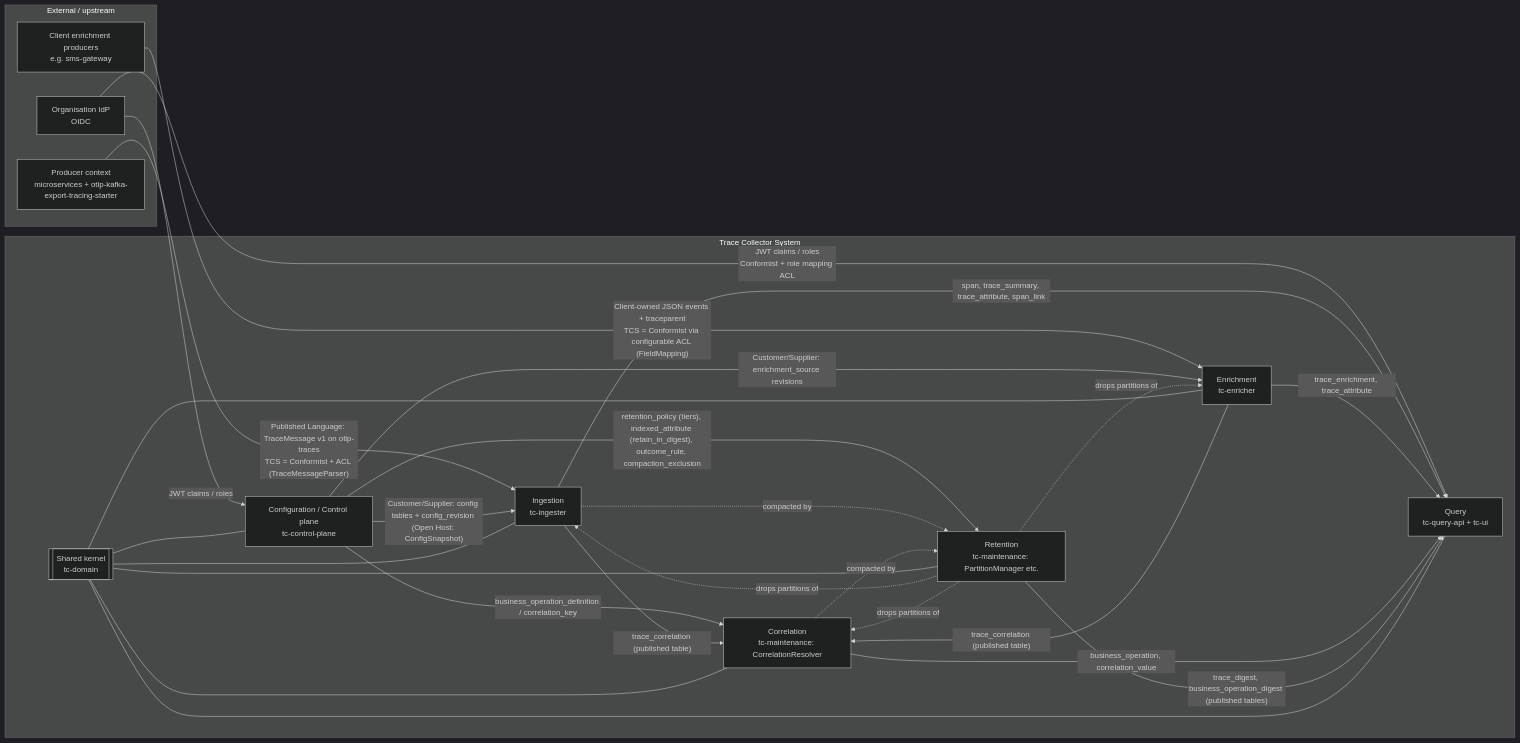
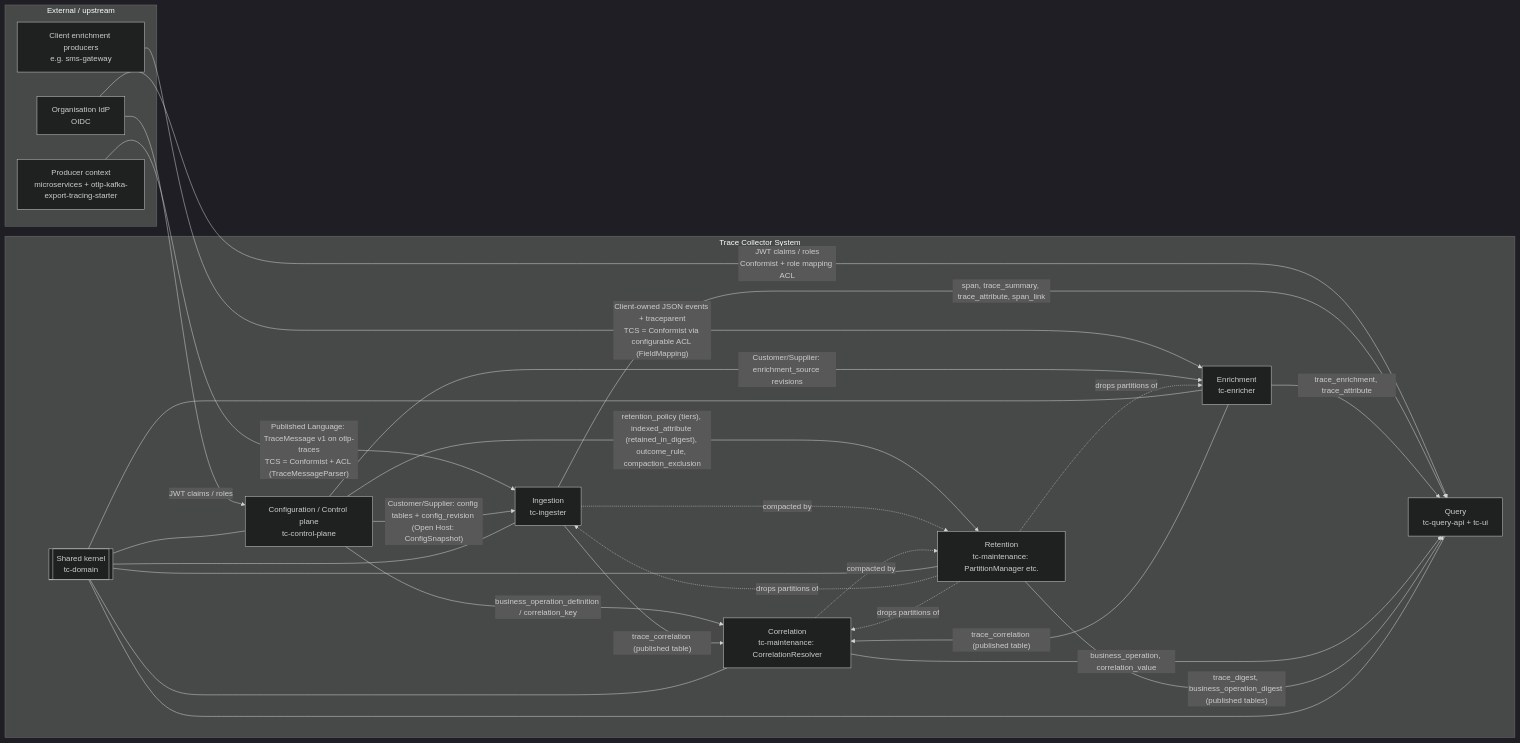
One commit to aasmc/tracing-system changed the first of 9 diagrams in agent/05-domain-model.md. Above: the diagram before and after it, drawn with Mermaid (dark theme). The commit also changed other lines of this file and 50 other files, not shown here.

First line of the commit message:
Phase 2 slices 2d-1 and 2d-2a: schema, grants, UUID config ids, dictionaries

````diff
--- a/agent/05-domain-model.md
+++ b/agent/05-domain-model.md
@@ -129,47 +129,47 @@
 ```mermaid
 flowchart LR
     subgraph EXT["External / upstream"]
         PROD["Producer context<br/>microservices + otlp-kafka-export-tracing-starter"]
         CLI["Client enrichment producers<br/>e.g. sms-gateway"]
         IDP["Organisation IdP<br/>OIDC"]
     end
 
     subgraph TCS["Trace Collector System"]
         ING["Ingestion<br/>tc-ingester"]
         ENR["Enrichment<br/>tc-enricher"]
         COR["Correlation<br/>tc-maintenance: CorrelationResolver"]
         QRY["Query<br/>tc-query-api + tc-ui"]
         CFG["Configuration / Control plane<br/>tc-control-plane"]
         RET["Retention<br/>tc-maintenance: PartitionManager etc."]
         SK[["Shared kernel<br/>tc-domain"]]
     end
 
     PROD -- "Published Language: TraceMessage v1 on otlp-traces<br/>TCS = Conformist + ACL (TraceMessageParser)" --> ING
     CLI -- "Client-owned JSON events + traceparent<br/>TCS = Conformist via configurable ACL (FieldMapping)" --> ENR
     IDP -- "JWT claims / roles<br/>Conformist + role mapping ACL" --> QRY
     IDP -- "JWT claims / roles" --> CFG
 
     CFG -- "Customer/Supplier: config tables + config_revision (Open Host: ConfigSnapshot)" --> ING
     CFG -- "Customer/Supplier: enrichment_source revisions" --> ENR
     CFG -- "business_operation_definition / correlation_key" --> COR
-    CFG -- "retention_policy (tiers), indexed_attribute (retain_in_digest), outcome_rule, compaction_exclusion" --> RET
+    CFG -- "retention_policy (tiers), indexed_attribute (retained_in_digest), outcome_rule, compaction_exclusion" --> RET
 
     ING -- "trace_correlation (published table)" --> COR
     ENR -- "trace_correlation (published table)" --> COR
     ING -- "span, trace_summary, trace_attribute, span_link" --> QRY
     ENR -- "trace_enrichment, trace_attribute" --> QRY
     COR -- "business_operation, correlation_value" --> QRY
     RET -- "trace_digest, business_operation_digest (published tables)" --> QRY
     ING -. "compacted by" .-> RET
     COR -. "compacted by" .-> RET
     RET -. "drops partitions of" .-> ING
     RET -. "drops partitions of" .-> ENR
     RET -. "drops partitions of" .-> COR
 
     SK --- ING
     SK --- ENR
     SK --- COR
     SK --- QRY
     SK --- CFG
     SK --- RET
 ```
````
